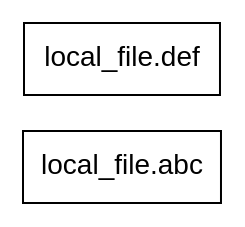
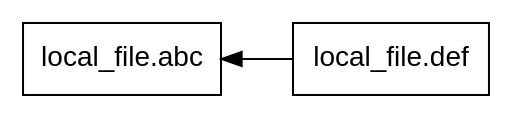
One commit to zzangjyj0818/IaC_Terraform changed the diagram in 03.start/graph.dot. Above: the diagram before and after it, drawn with Graphviz. The commit also changed 4 other files, not shown here.

```diff
--- a/03.start/graph.dot
+++ b/03.start/graph.dot
@@ -1,6 +1,7 @@
 digraph G {
   rankdir = "RL";
   node [shape = rect, fontname = "sans-serif"];
   "local_file.abc" [label="local_file.abc"];
   "local_file.def" [label="local_file.def"];
+  "local_file.def" -> "local_file.abc";
 }
```
